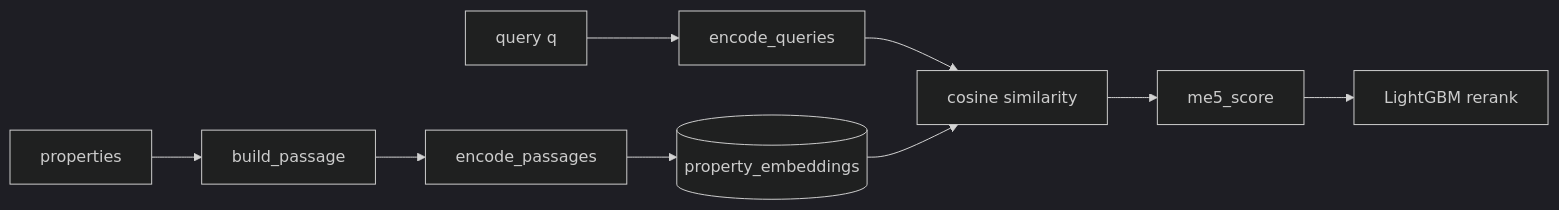
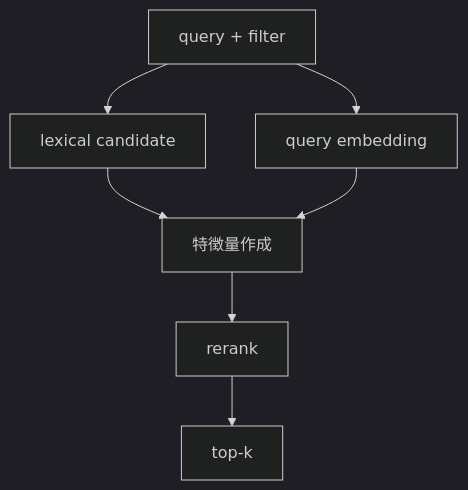
Before and after one commit to kurosawa-kuro/study-gcp-mlops: the second of 4 diagrams in 3/study-hybrid-search-local/docs/教育資料/05_図解.md, drawn with Mermaid (dark theme). The commit also changed other lines of this file and 18 other files, not shown here.

````diff
--- a/3/study-hybrid-search-local/docs/教育資料/05_図解.md
+++ b/3/study-hybrid-search-local/docs/教育資料/05_図解.md
@@ -96,12 +24,10 @@
 ```mermaid
-flowchart LR
-    P[properties] --> B[build_passage]
-    B --> EP[encode_passages]
-    EP --> DB[(property_embeddings)]
-
-    Q[query q] --> EQ[encode_queries]
-    EQ --> SIM[cosine similarity]
-    DB --> SIM
-    SIM --> M[me5_score]
-    M --> RERANK[LightGBM rerank]
+flowchart TB
+    Q[query + filter]
+    Q --> L[lexical candidate]
+    Q --> S[query embedding]
+    L --> F[特徴量作成]
+    S --> F
+    F --> R[rerank]
+    R --> O[top-k]
 ```
````
